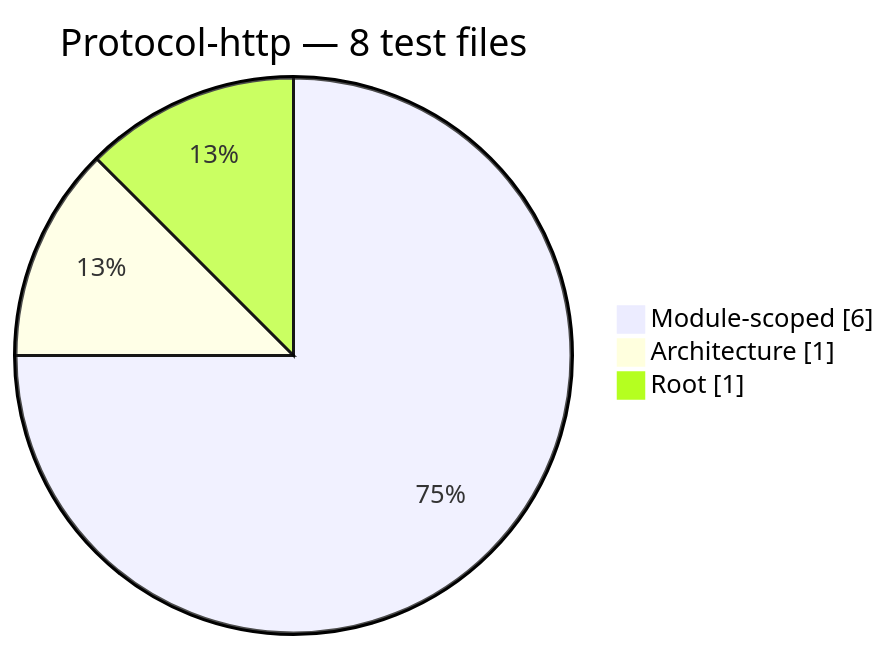
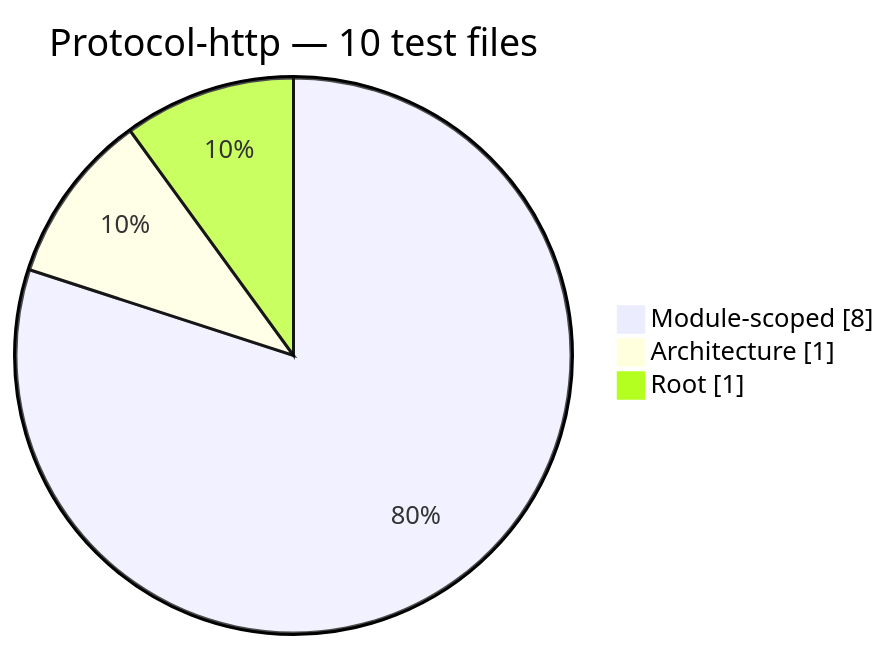
Before and after one commit to PHP-Arazzo/php-arazzo: the ninth of 13 diagrams in docs/generated/test-composition.md, drawn with Mermaid. The commit also changed other lines of this file and 43 other files, not shown here.

Commit message:
feat(protocol-http,protocol-soap,protocol-rpc): consume SourcePolicy, add HttpPolicy, and wire Tier-2 observability

````diff
--- a/docs/generated/test-composition.md
+++ b/docs/generated/test-composition.md
@@ -134,7 +134,7 @@
 ```mermaid
 pie showData
-    title Protocol-http — 8 test files
-    "Module-scoped": 6
+    title Protocol-http — 10 test files
+    "Module-scoped": 8
     "Architecture": 1
     "Root": 1
 ```
````
